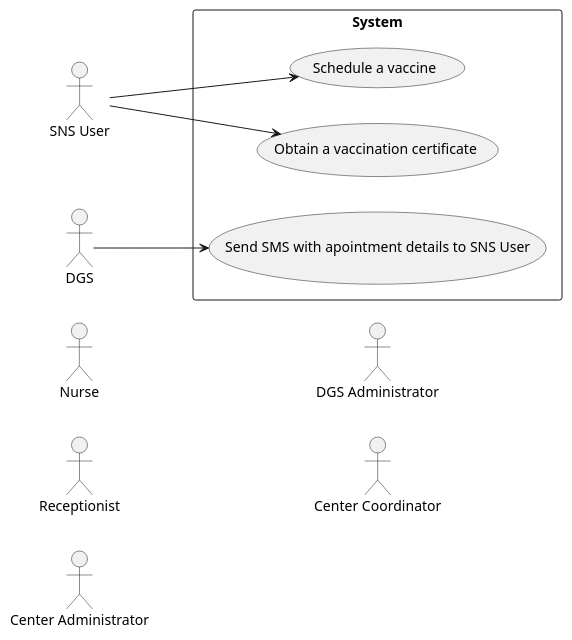
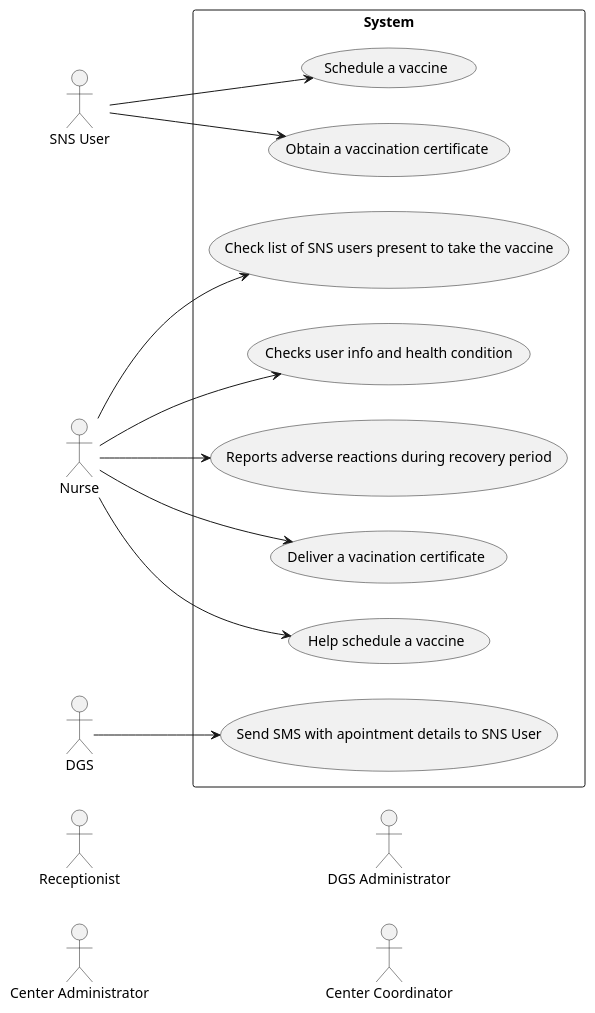
One commit to miseEnPlace-i/lapr2 changed the diagram in docs/SprintA/UCD.puml. Above: the diagram before and after it, drawn with PlantUML.

Commit message:
add nurseUCD

```diff
--- a/docs/SprintA/UCD.puml
+++ b/docs/SprintA/UCD.puml
@@ -1,23 +1,34 @@
 @startuml UCD
 
 left to right direction
 
 actor "SNS User" as user
 actor "Nurse" as nurse
 actor "Receptionist" as recept
 actor "Center Administrator" as cadmin
 actor "DGS Administrator" as dgsadmin
 actor "Center Coordinator" as coordinator
 actor "DGS" as dgs
 
 rectangle System {
   usecase "Schedule a vaccine" as UC1
   usecase "Obtain a vaccination certificate" as UC2
   usecase "Send SMS with apointment details to SNS User" as UC3
+  usecase "Deliver a vacination certificate" as UC4 
+  usecase "Help schedule a vaccine" as UC5
+  usecase "Check list of SNS users present to take the vaccine" as UC6
+  usecase "Checks user info and health condition" as UC7
+  usecase "Reports adverse reactions during recovery period" as UC8
+  
 }
 
 user --> UC1
 user --> UC2
 dgs --> UC3
+nurse --> UC4
+nurse --> UC5
+nurse --> UC6
+nurse --> UC7
+nurse --> UC8
 
 @enduml
```
